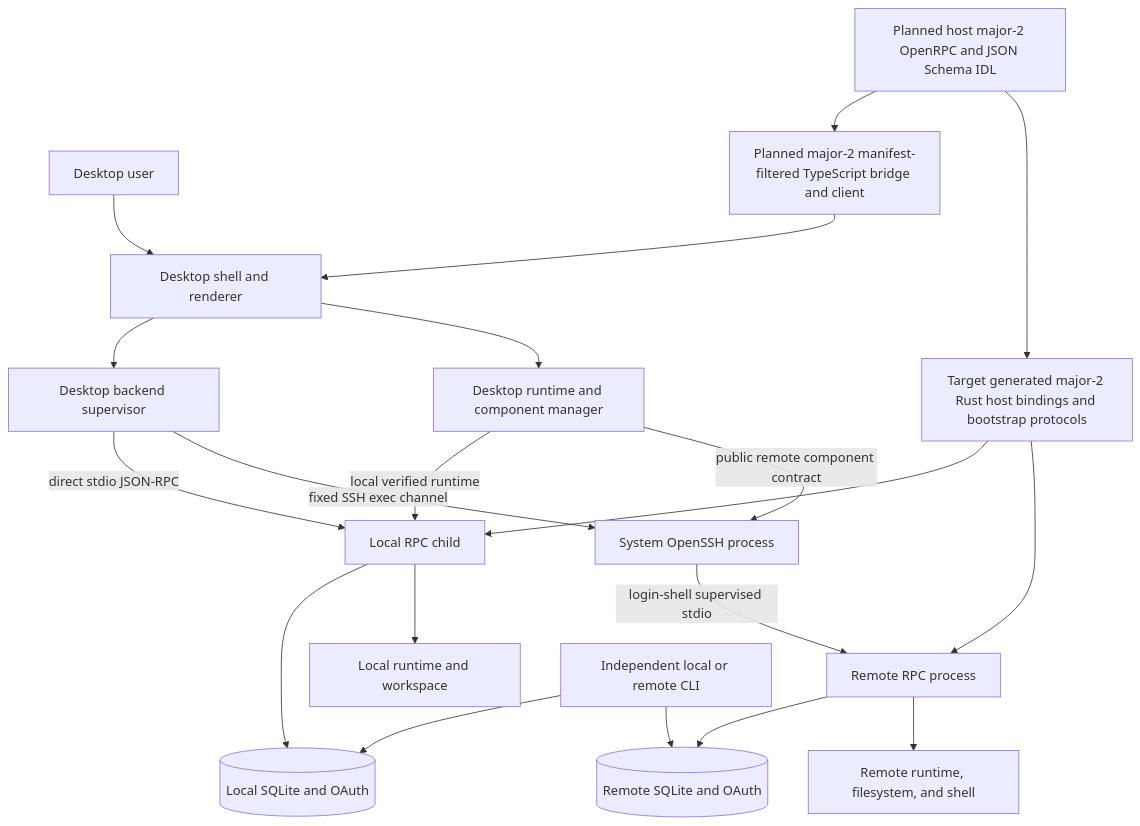
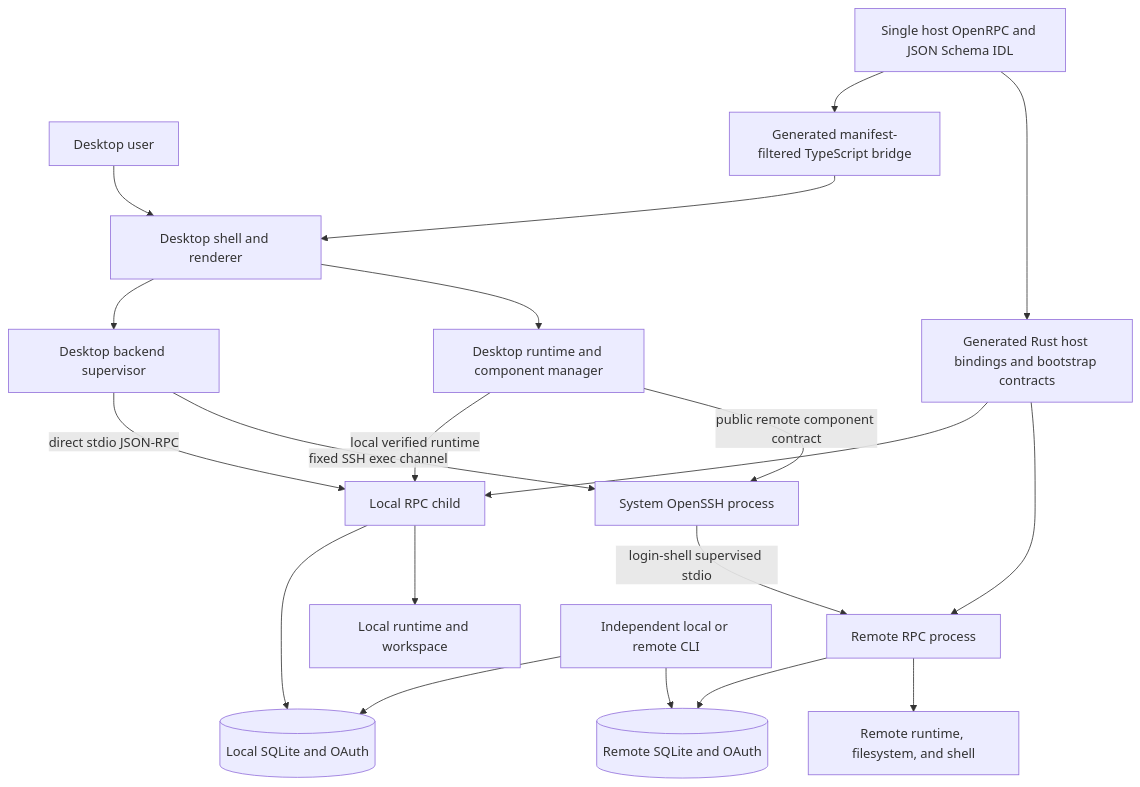
Before and after one commit to Wh1isper/starweaver: the diagram in spec/desktop/README.md, drawn with Mermaid. The commit also changed other lines of this file and 207 other files, not shown here.

First line of the commit message:
feat(rpc): adopt generated host protocol boundary

````diff
--- a/spec/desktop/README.md
+++ b/spec/desktop/README.md
@@ -63,38 +66,38 @@
 ```mermaid
 flowchart TD
     user[Desktop user]
     shell[Desktop shell and renderer]
     supervisor[Desktop backend supervisor]
     updater[Desktop runtime and component manager]
     local_rpc[Local RPC child]
     ssh[System OpenSSH process]
     remote_rpc[Remote RPC process]
-    host_idl[Planned host major-2 OpenRPC and JSON Schema IDL]
-    ts_client[Planned major-2 manifest-filtered TypeScript bridge and client]
-    rpc_core[Target generated major-2 Rust host bindings and bootstrap protocols]
+    host_idl[Single host OpenRPC and JSON Schema IDL]
+    ts_client[Generated manifest-filtered TypeScript bridge]
+    rpc_core[Generated Rust host bindings and bootstrap contracts]
     local_store[(Local SQLite and OAuth)]
     remote_store[(Remote SQLite and OAuth)]
     local_runtime[Local runtime and workspace]
     remote_runtime[Remote runtime, filesystem, and shell]
     cli[Independent local or remote CLI]
 
     user --> shell
     host_idl --> ts_client
     host_idl --> rpc_core
     ts_client --> shell
     shell --> supervisor
     shell --> updater
     supervisor -->|direct stdio JSON-RPC| local_rpc
     supervisor -->|fixed SSH exec channel| ssh
     ssh -->|login-shell supervised stdio| remote_rpc
     updater -->|local verified runtime| local_rpc
     updater -->|public remote component contract| ssh
     rpc_core --> local_rpc
     rpc_core --> remote_rpc
     local_rpc --> local_store
     local_rpc --> local_runtime
     remote_rpc --> remote_store
     remote_rpc --> remote_runtime
     cli --> local_store
     cli --> remote_store
 ```
````
